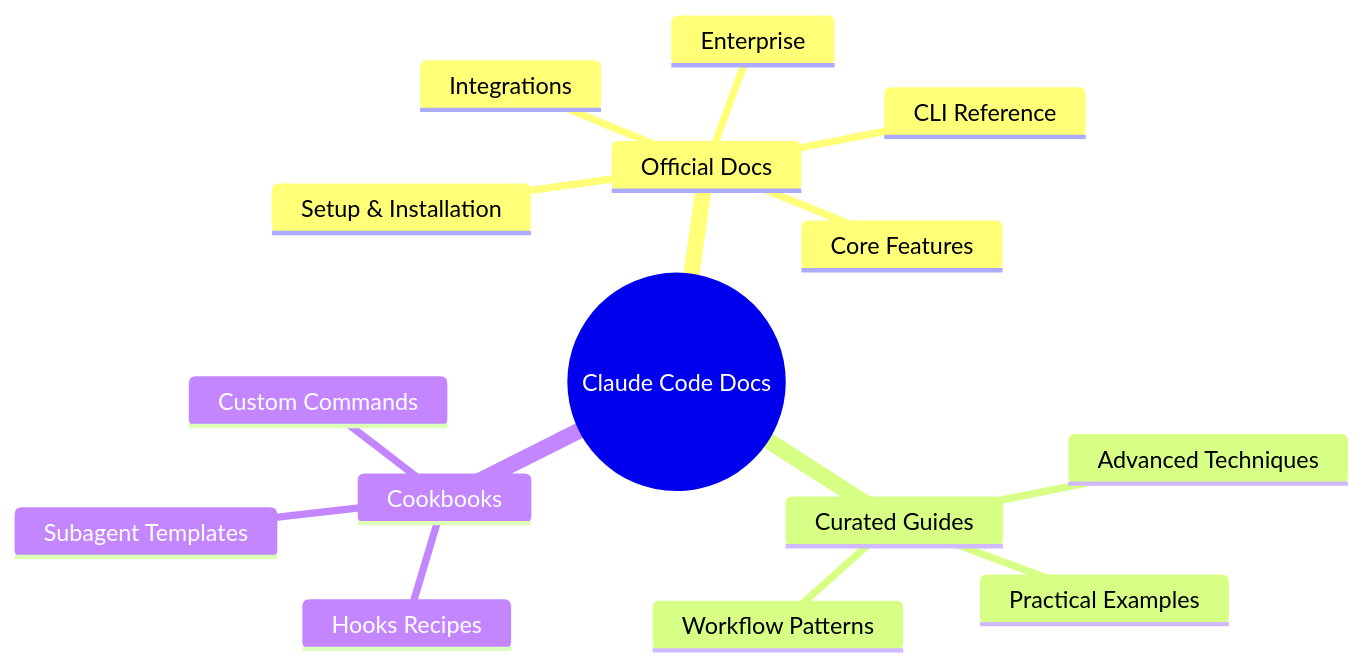
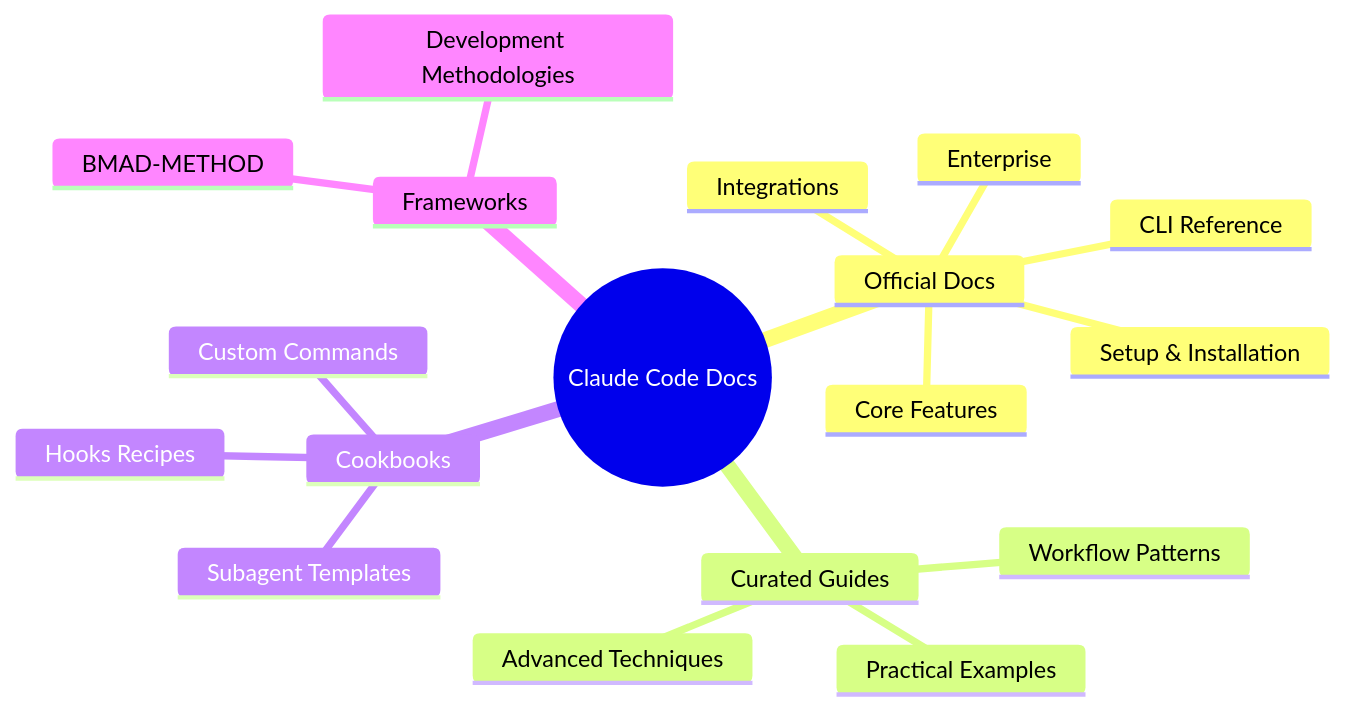
Before and after one commit to kareddy-dev/explore: the first of 2 diagrams in tools/claude-code/README.md, drawn with Mermaid. The commit also changed other lines of this file and 4 other files, not shown here.

First line of the commit message:
Add comprehensive BMAD-METHOD documentation to Claude Code

````diff
--- a/tools/claude-code/README.md
+++ b/tools/claude-code/README.md
@@ -18,18 +18,21 @@
 ```mermaid
 mindmap
   root((Claude Code Docs))
     Official Docs
       Setup & Installation
       CLI Reference
       Core Features
       Enterprise
       Integrations
     Curated Guides
       Practical Examples
       Workflow Patterns
       Advanced Techniques
     Cookbooks
       Hooks Recipes
       Custom Commands
       Subagent Templates
+    Frameworks
+      BMAD-METHOD
+      Development Methodologies
 ```
````
